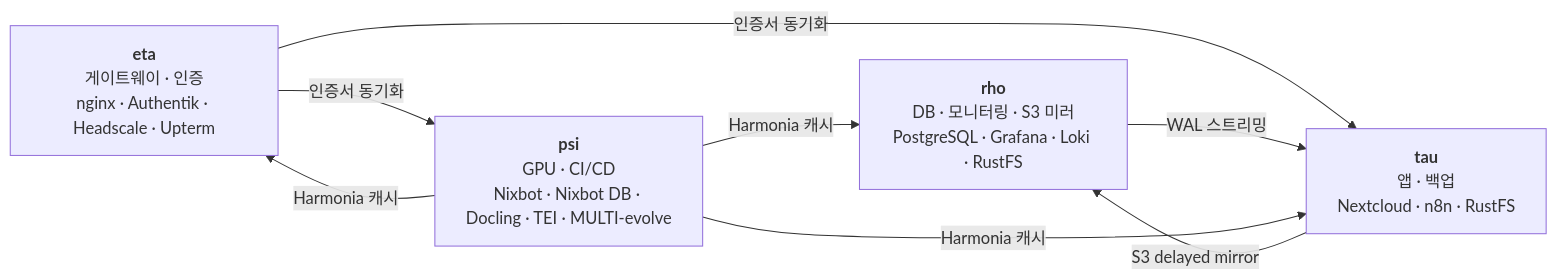
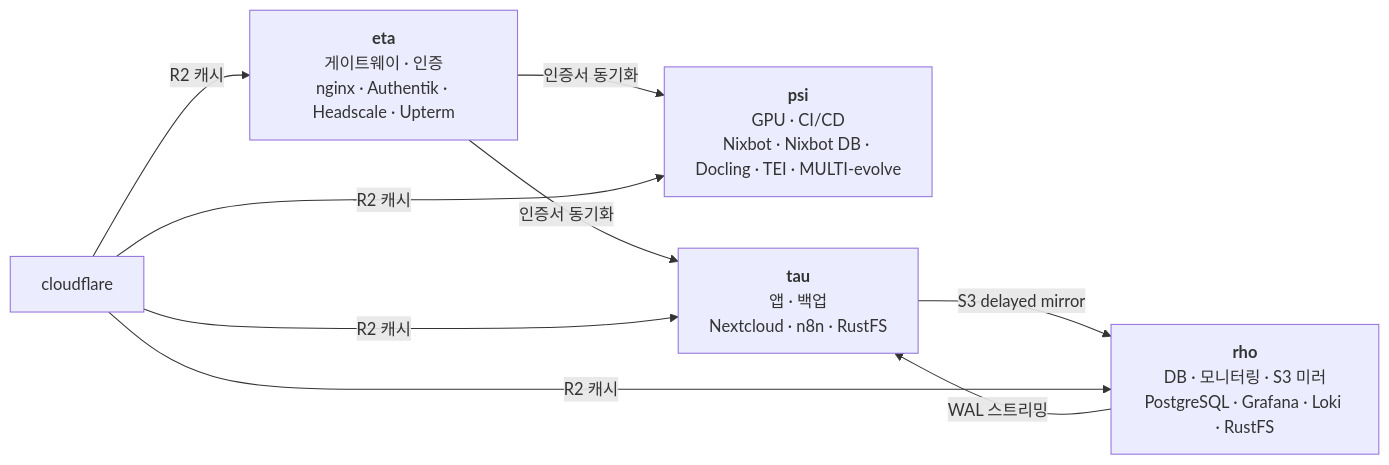
The first of 2 diagrams in docs/admin/architecture.md (SBEE-Lab/infra), drawn with Mermaid before and after one commit. The commit also changed other lines of this file and 19 other files, not shown here.

````diff
--- a/docs/admin/architecture.md
+++ b/docs/admin/architecture.md
@@ -13,12 +13,12 @@
 ```mermaid
 graph LR
   eta["<b>eta</b><br/>게이트웨이 · 인증<br/>nginx · Authentik · Headscale · Upterm"]
   psi["<b>psi</b><br/>GPU · CI/CD<br/>Nixbot · Nixbot DB · Docling · TEI · MULTI-evolve"]
   rho["<b>rho</b><br/>DB · 모니터링 · S3 미러<br/>PostgreSQL · Grafana · Loki · RustFS"]
   tau["<b>tau</b><br/>앱 · 백업<br/>Nextcloud · n8n · RustFS"]
 
   eta -- "인증서 동기화" --> psi & tau
   rho -- "WAL 스트리밍" --> tau
   tau -- "S3 delayed mirror" --> rho
-  psi -- "Harmonia 캐시" --> rho & tau & eta
+  cloudflare -- "R2 캐시" --> psi & rho & tau & eta
 ```
````
